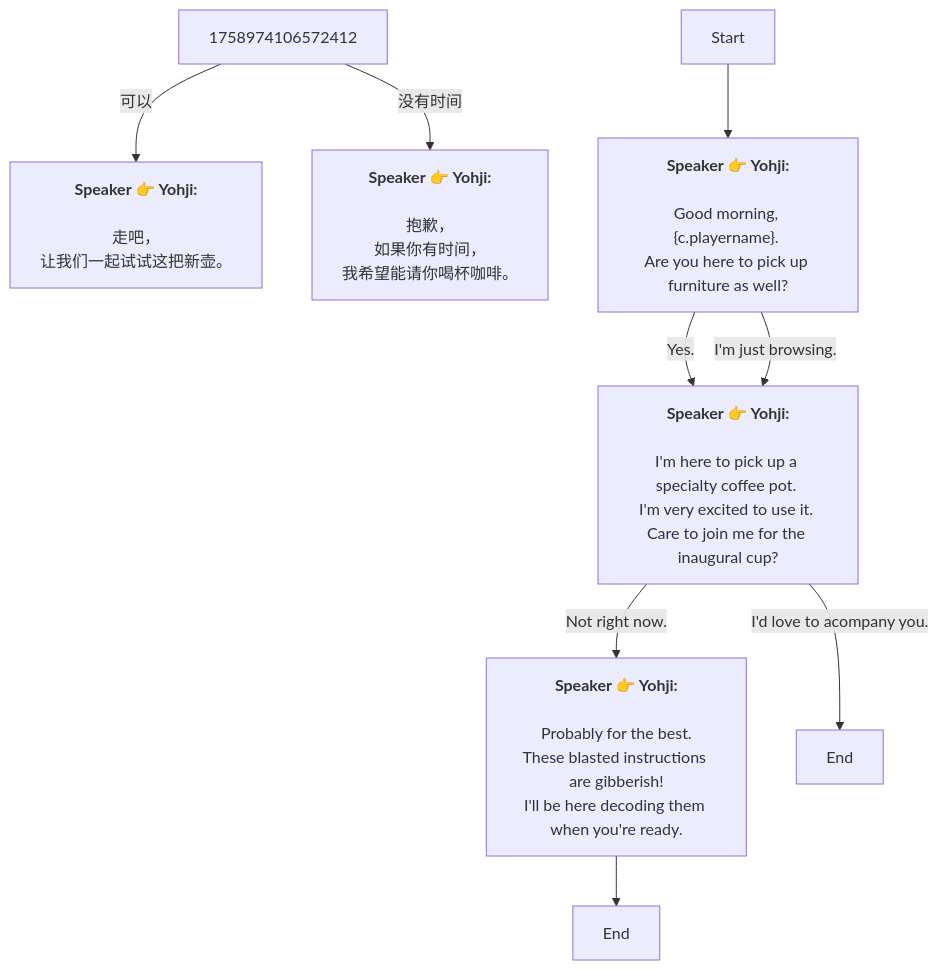
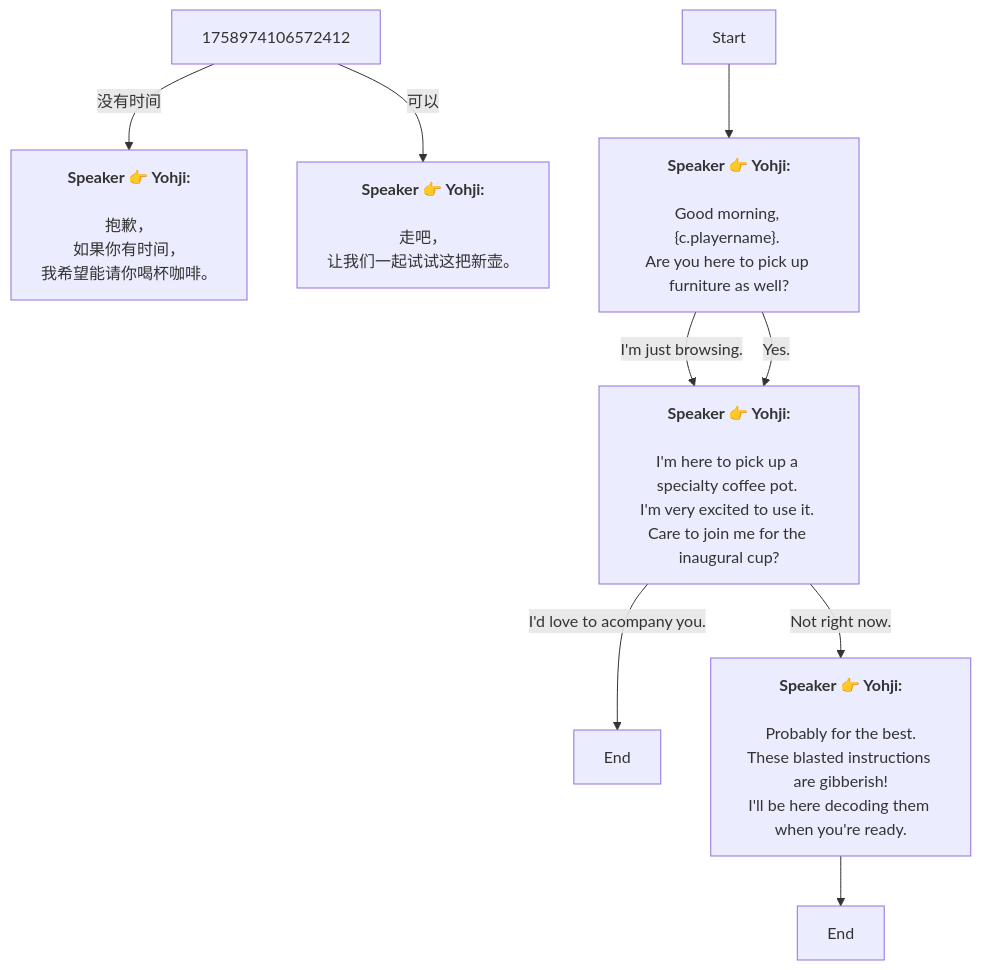
Before and after one commit to SoftHu/tos_avg: the diagram in Zh/QuestTalkObjectiveNode_1758973985694327.md, drawn with Mermaid. The commit also changed other lines of this file and 780 other files, not shown here.

````diff
--- a/Zh/QuestTalkObjectiveNode_1758973985694327.md
+++ b/Zh/QuestTalkObjectiveNode_1758973985694327.md
@@ -1,28 +1,28 @@
 ```mermaid
 graph
-1758974106572412 -->|可以|1758974862427780[<b>Speaker 👉 Yohji:</b>
-\n走吧，
-让我们一起试试这把新壶。]
 1758974106572412 -->|没有时间|1758974898523781[<b>Speaker 👉 Yohji:</b>
 \n抱歉，
 如果你有时间，
 我希望能请你喝杯咖啡。]
+1758974106572412 -->|可以|1758974862427780[<b>Speaker 👉 Yohji:</b>
+\n走吧，
+让我们一起试试这把新壶。]
 Start -->1772870341373218[<b>Speaker 👉 Yohji:</b>
 \nGood morning, &lbrace;c.playername&rbrace;. 
 Are you here to pick up furniture as well?]
+1772870341373218 -->|I'm just browsing.|1772870377515304[<b>Speaker 👉 Yohji:</b>
+\nI'm here to pick up a specialty coffee pot. 
+I'm very excited to use it. 
+Care to join me for the inaugural cup?]
 1772870341373218 -->|Yes.|1772870377515304[<b>Speaker 👉 Yohji:</b>
 \nI'm here to pick up a specialty coffee pot. 
 I'm very excited to use it. 
 Care to join me for the inaugural cup?]
-1772870341373218 -->|I'm just browsing.|1772870377515304[<b>Speaker 👉 Yohji:</b>
-\nI'm here to pick up a specialty coffee pot. 
-I'm very excited to use it. 
-Care to join me for the inaugural cup?]
+1772870377515304 -->|I'd love to acompany you.|1772870517681456[End]
 1772870377515304 -->|Not right now.|1772870422685998[<b>Speaker 👉 Yohji:</b>
 \nProbably for the best.
 These blasted instructions are gibberish!
 I'll be here decoding them when you're ready.]
-1772870377515304 -->|I'd love to acompany you.|1772870517681456[End]
 1772870422685998 -->1772870499052847[End]
 
 ```
````
